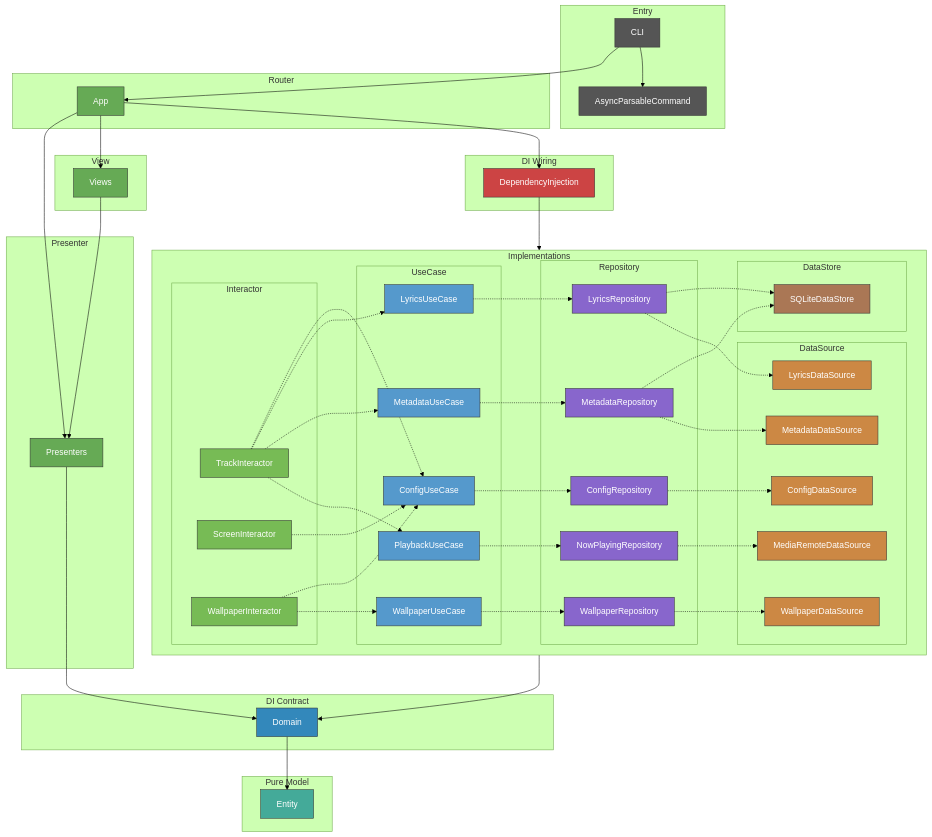
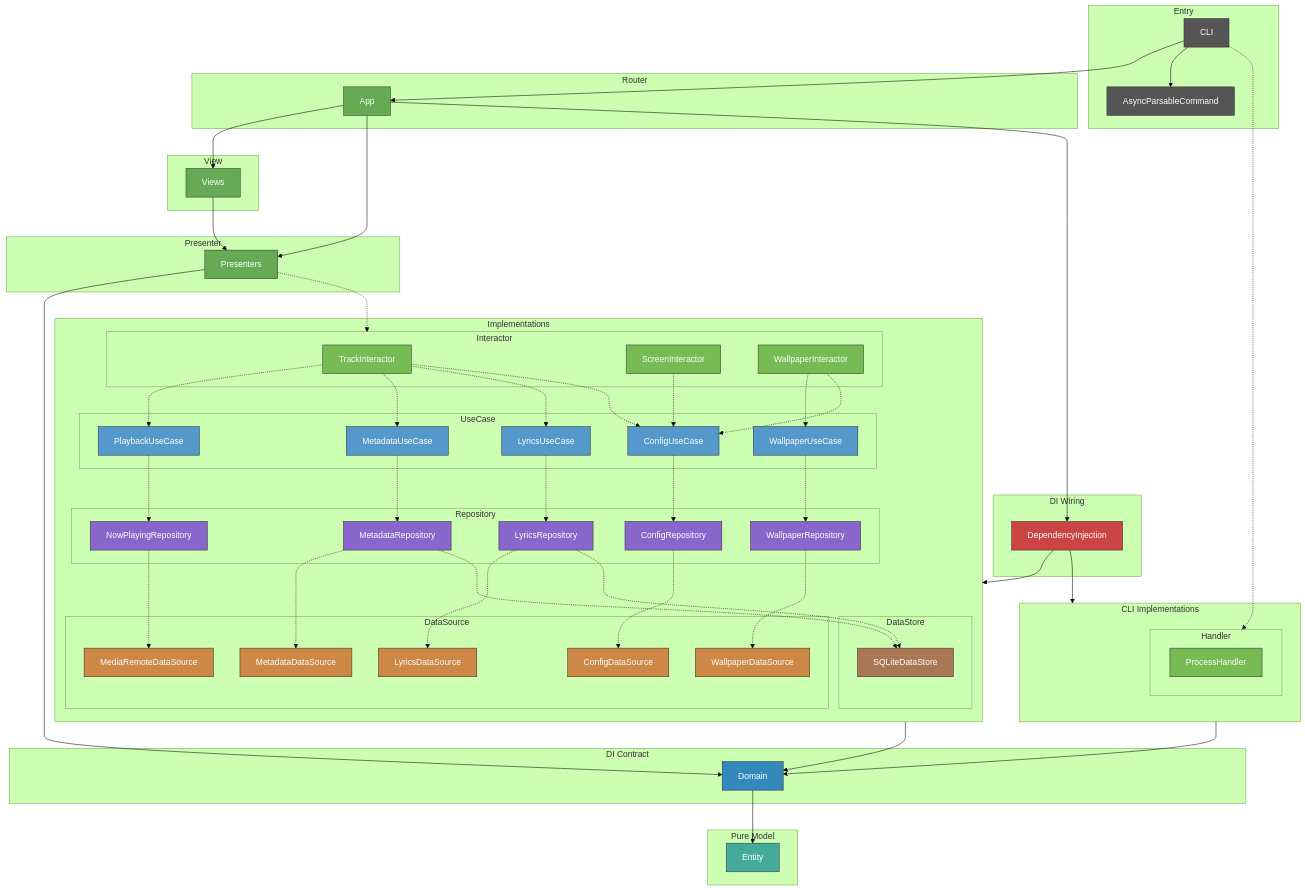
One commit to GeneralD/lyra changed the diagram in .claude/CLAUDE.md. Above: the diagram before and after it, drawn with Mermaid (forest theme). The commit also changed other lines of this file and 17 other files, not shown here.

Commit message:
refactor: extract ProcessHandler from CLI commands (#157)

```diff
--- a/.claude/CLAUDE.md
+++ b/.claude/CLAUDE.md
@@ -51,6 +51,12 @@
 
     subgraph Pure Model
         Entity[Entity]
+    end
+
+    subgraph CLIImplementations["CLI Implementations"]
+        subgraph Handler
+            ProcessHandler[ProcessHandler]
+        end
     end
 
     subgraph Implementations
@@ -91,7 +97,7 @@
 
     CLI --> App & AsyncParsableCommand
     App --> Views & Presenters & DependencyInjection
-    DependencyInjection --> Implementations
+    DependencyInjection --> Implementations & CLIImplementations
     Views --> Presenters
     Presenters --> Domain
     Implementations --> Domain
@@ -112,6 +118,11 @@
     WallpaperUseCase -.-> WallpaperRepository
     WallpaperRepository -.-> WallpaperDataSource
 
+    CLI -.-> Handler
+    Presenters -.-> Interactor
+    CLIImplementations --> Domain
+
+    style ProcessHandler fill:#7b5,stroke:#333,color:#fff
     style AsyncParsableCommand fill:#555,stroke:#333,color:#fff
     style CLI fill:#555,stroke:#333,color:#fff
     style App fill:#6a5,stroke:#333,color:#fff
```
